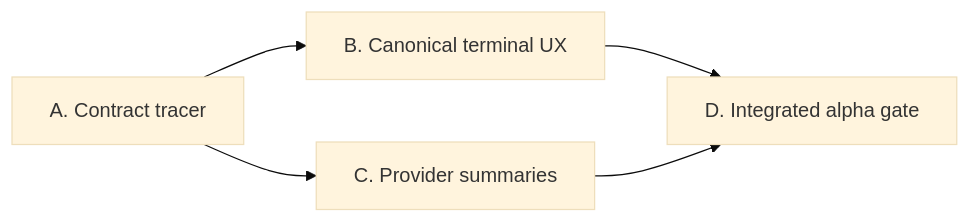
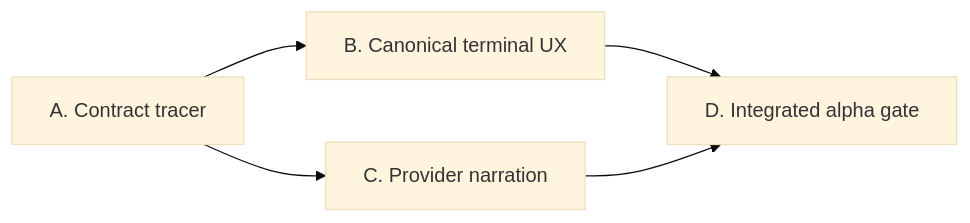
One commit to celestialcactus/forge-engine changed the second of 2 diagrams in docs/tasks/CLI-OBSERVABLE-ACTIVITY-FOUR-GATE-REVIEW.md. Above: the diagram before and after it, drawn with Mermaid (base theme). The commit also changed other lines of this file and 5 other files, not shown here.

````diff
--- a/docs/tasks/CLI-OBSERVABLE-ACTIVITY-FOUR-GATE-REVIEW.md
+++ b/docs/tasks/CLI-OBSERVABLE-ACTIVITY-FOUR-GATE-REVIEW.md
@@ -466,7 +545,7 @@
 ```mermaid
 flowchart LR
     A["A. Contract tracer"] --> B["B. Canonical terminal UX"]
-    A --> C["C. Provider summaries"]
+    A --> C["C. Provider narration"]
     B --> D["D. Integrated alpha gate"]
     C --> D
 ```
````
